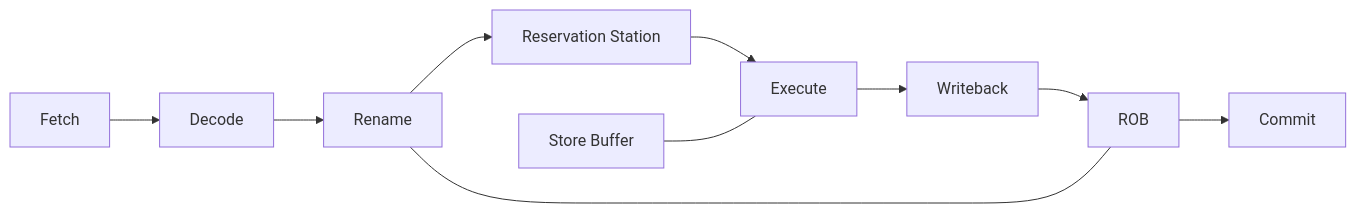
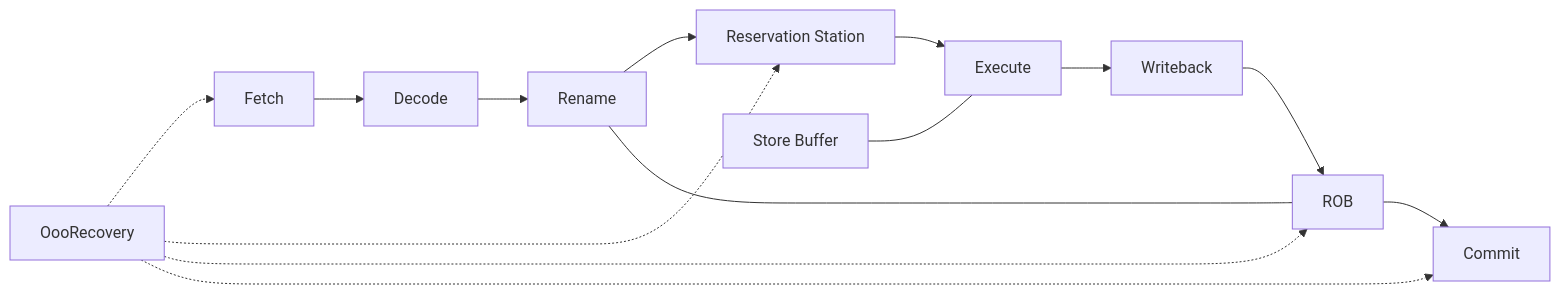
The third of 3 diagrams in ARCHITECTURE.md (jensen-yan/risc-v-simulator), drawn with Mermaid before and after one commit. The commit also changed other lines of this file and 2 other files, not shown here.

Commit message:
docs: 记录 OOO recovery 模块边界
- 在 CONTEXT.md 中新增 OOO Recovery 领域术语，区分 memory-order 决策与共享 pipeline cleanup 规则
- 在 ARCHITECTURE.md 的 OOO 关注点中标出 OooRecovery 的模块落点和 stage 触发职责
- 更新 OOO Stage Interface 深化 ExecPlan，记录 recovery 收口完成状态

验证：
- git diff --cached --check
- rg "flush_younger_cdb_entries|flush_younger_execution_units|erase_younger_rename_checkpoints" include/cpu/ooo src/cpu/ooo tests

````diff
--- a/ARCHITECTURE.md
+++ b/ARCHITECTURE.md
@@ -93,12 +93,16 @@
 ```mermaid
 flowchart LR
   f["Fetch"] --> d["Decode"]
   d --> r["Rename"]
   r --> rs["Reservation Station"]
   rs --> e["Execute"]
   e --> w["Writeback"]
   w --> rob["ROB"]
   rob --> c["Commit"]
+  rec["OooRecovery"] -.-> f
+  rec -.-> rs
+  rec -.-> rob
+  rec -.-> c
   sb["Store Buffer"] --- e
   rob --- r
 ```
````
